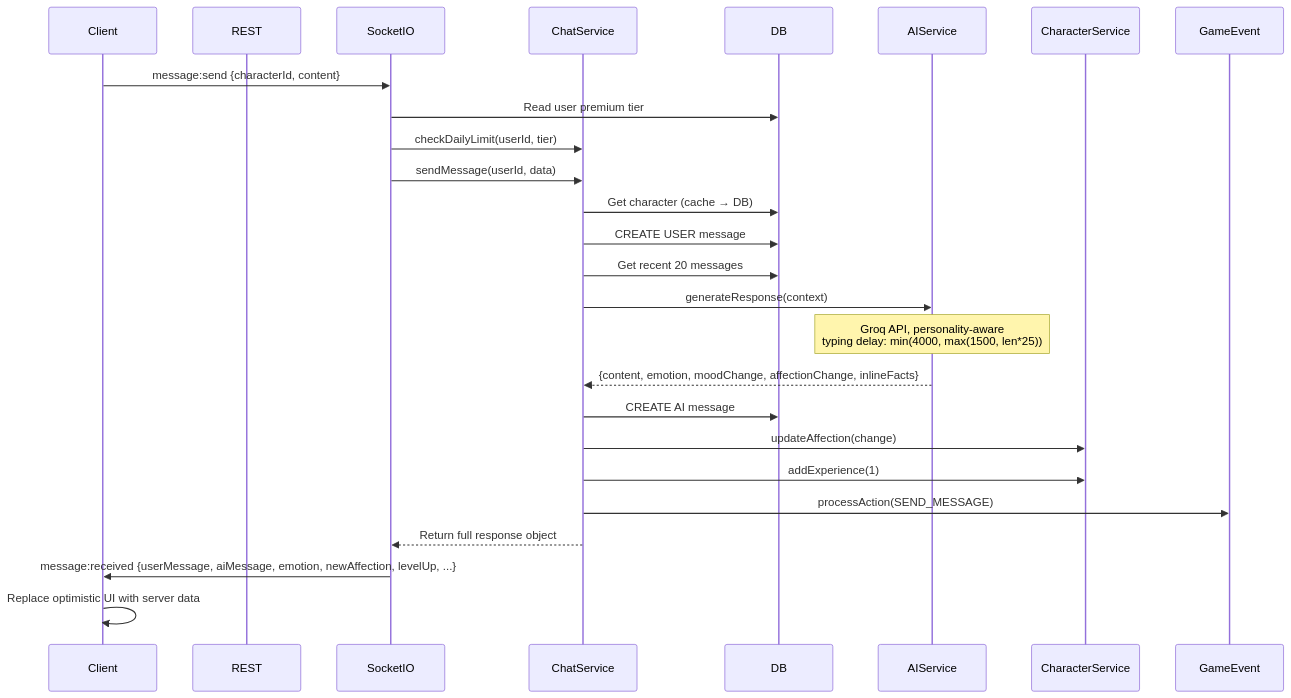
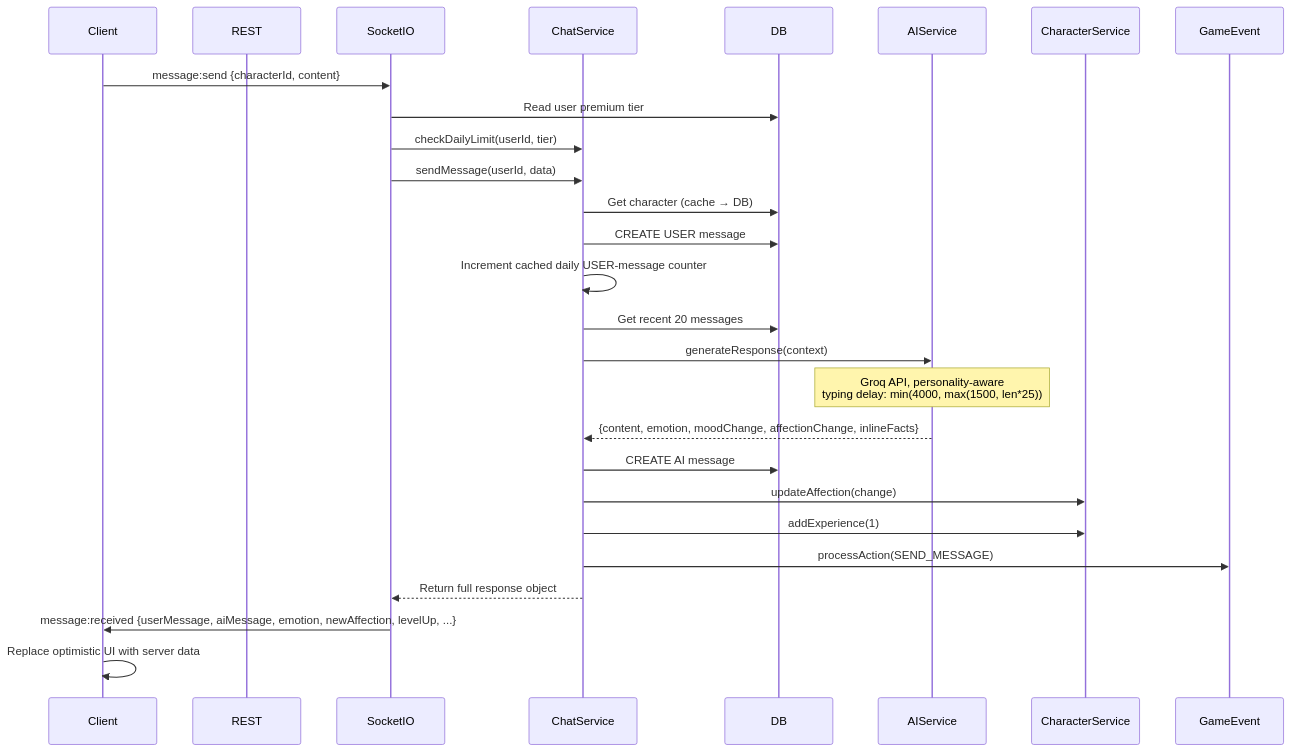
The diagram in docs/system/data-flows/chat-flow.md (haidonglethqb/VirtualGfriend), drawn with Mermaid before and after one commit. The commit also changed other lines of this file and 4 other files, not shown here.

````diff
--- a/docs/system/data-flows/chat-flow.md
+++ b/docs/system/data-flows/chat-flow.md
@@ -8,29 +8,30 @@
 ```mermaid
 sequenceDiagram
     participant Client
     participant REST
     participant SocketIO
     participant ChatService
     participant DB
     participant AIService
     participant CharacterService
     participant GameEvent
 
     Client->>SocketIO: message:send {characterId, content}
     SocketIO->>DB: Read user premium tier
     SocketIO->>ChatService: checkDailyLimit(userId, tier)
     SocketIO->>ChatService: sendMessage(userId, data)
     ChatService->>DB: Get character (cache → DB)
     ChatService->>DB: CREATE USER message
+    ChatService->>ChatService: Increment cached daily USER-message counter
     ChatService->>DB: Get recent 20 messages
     ChatService->>AIService: generateResponse(context)
     Note over AIService: Groq API, personality-aware<br/>typing delay: min(4000, max(1500, len*25))
     AIService-->>ChatService: {content, emotion, moodChange, affectionChange, inlineFacts}
     ChatService->>DB: CREATE AI message
     ChatService->>CharacterService: updateAffection(change)
     ChatService->>CharacterService: addExperience(1)
     ChatService->>GameEvent: processAction(SEND_MESSAGE)
     ChatService-->>SocketIO: Return full response object
     SocketIO->>Client: message:received {userMessage, aiMessage, emotion, newAffection, levelUp, ...}
     Client->>Client: Replace optimistic UI with server data
 ```
````
